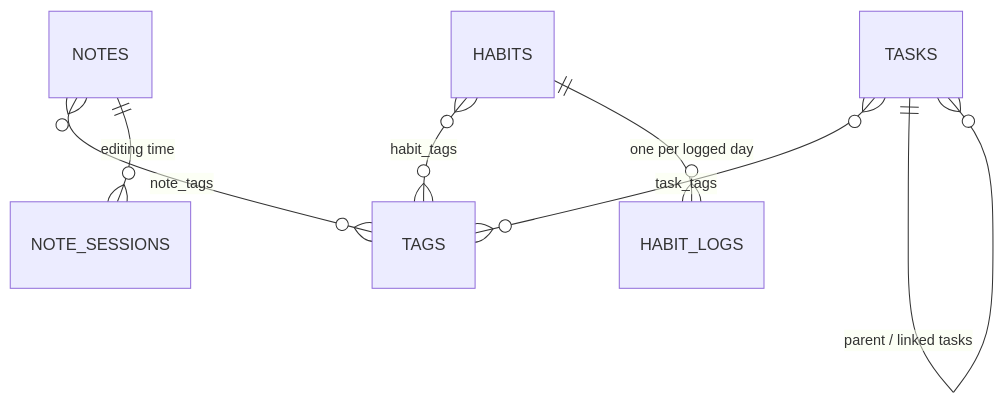
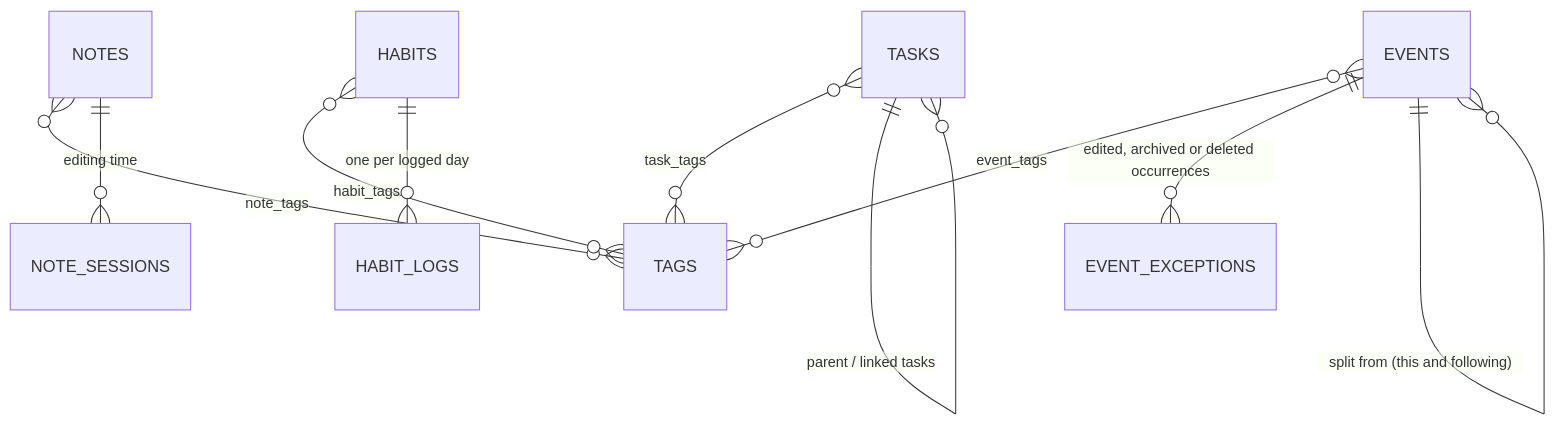
The diagram in README.md (LuisFVillalon/kanso-backend), drawn with Mermaid before and after one commit. The commit also changed other lines of this file and 28 other files, not shown here.

````diff
--- a/README.md
+++ b/README.md
@@ -26,9 +26,12 @@
 ```mermaid
 erDiagram
     TASKS }o--o{ TAGS : task_tags
     NOTES }o--o{ TAGS : note_tags
     HABITS }o--o{ TAGS : habit_tags
     HABITS ||--o{ HABIT_LOGS : "one per logged day"
     NOTES ||--o{ NOTE_SESSIONS : "editing time"
     TASKS ||--o{ TASKS : "parent / linked tasks"
+    EVENTS }o--o{ TAGS : event_tags
+    EVENTS ||--o{ EVENT_EXCEPTIONS : "edited, archived or deleted occurrences"
+    EVENTS ||--o{ EVENTS : "split from (this and following)"
 ```
````
